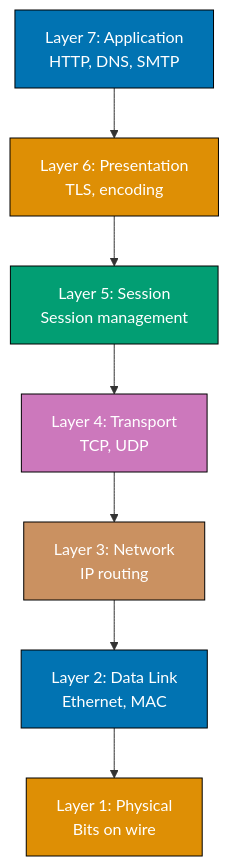
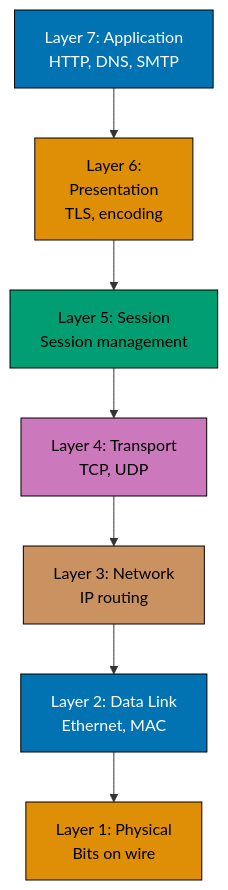
Before and after one commit to wahidyankf/ose-public: the first of 8 diagrams in apps/ayokoding-www/content/en/learn/legacy/software-engineering/networking/by-example/beginner.md, drawn with Mermaid. The commit also changed other lines of this file and 78 other files, not shown here.

First line of the commit message:
fix(mermaid): bring the remaining legacy software-engineering diagrams onto the accessible palette

````diff
--- a/apps/ayokoding-www/content/en/learn/legacy/software-engineering/networking/by-example/beginner.md
+++ b/apps/ayokoding-www/content/en/learn/legacy/software-engineering/networking/by-example/beginner.md
@@ -55,21 +55,29 @@
 ```mermaid
 %% Color Palette: Blue #0173B2, Orange #DE8F05, Teal #029E73, Purple #CC78BC, Brown #CA9161
 graph TD
+    accTitle: Example 2: OSI Model Layers
+    accDescr: Graph with 7 nodes and 6 connections. Nodes: Layer 7: Application HTTP, DNS, SMTP, Layer 6: Presentation TLS, encoding, Layer 5: Session Session management, Layer 4: Transport TCP, UDP, Layer 3: Network IP routing, Layer 2: Data Link Ethernet, MAC, Layer 1: Physical Bits on wire. Connections: Layer 7: Application HTTP, DNS, SMTP to Layer 6: Presentation TLS, encoding, Layer 6: Presentation TLS, encoding to Layer 5: Session Session management, Layer 5: Session Session management to Layer 4: Transport TCP, UDP, Layer 4: Transport TCP, UDP to Layer 3: Network IP routing, Layer 3: Network IP routing to Layer 2: Data Link Ethernet, MAC, Layer 2: Data Link Ethernet, MAC to Layer 1: Physical Bits on wire.
     A["Layer 7: Application<br/>HTTP, DNS, SMTP"]
-    B["Layer 6: Presentation<br/>TLS, encoding"]
+    B["Layer 6:<br/>Presentation<br/>TLS, encoding"]
     C["Layer 5: Session<br/>Session management"]
     D["Layer 4: Transport<br/>TCP, UDP"]
     E["Layer 3: Network<br/>IP routing"]
     F["Layer 2: Data Link<br/>Ethernet, MAC"]
     G["Layer 1: Physical<br/>Bits on wire"]
 
     A --> B --> C --> D --> E --> F --> G
 
-    style A fill:#0173B2,stroke:#000,color:#fff
-    style B fill:#DE8F05,stroke:#000,color:#fff
-    style C fill:#029E73,stroke:#000,color:#fff
-    style D fill:#CC78BC,stroke:#000,color:#fff
-    style E fill:#CA9161,stroke:#000,color:#fff
-    style F fill:#0173B2,stroke:#000,color:#fff
-    style G fill:#DE8F05,stroke:#000,color:#fff
+    classDef pal-0173B2 fill:#0173B2,stroke:#000000,color:#FFFFFF
+    class A pal-0173B2
+    classDef pal-DE8F05 fill:#DE8F05,stroke:#000000,color:#000000
+    class B pal-DE8F05
+    classDef pal-029E73 fill:#029E73,stroke:#000000,color:#000000
+    class C pal-029E73
+    classDef pal-CC78BC fill:#CC78BC,stroke:#000000,color:#000000
+    class D pal-CC78BC
+    classDef pal-CA9161 fill:#CA9161,stroke:#000000,color:#000000
+    class E pal-CA9161
+    class F pal-0173B2
+    class G pal-DE8F05
+    classDef default fill:#FFFFFF,stroke:#000000,color:#000000
 ```
````
